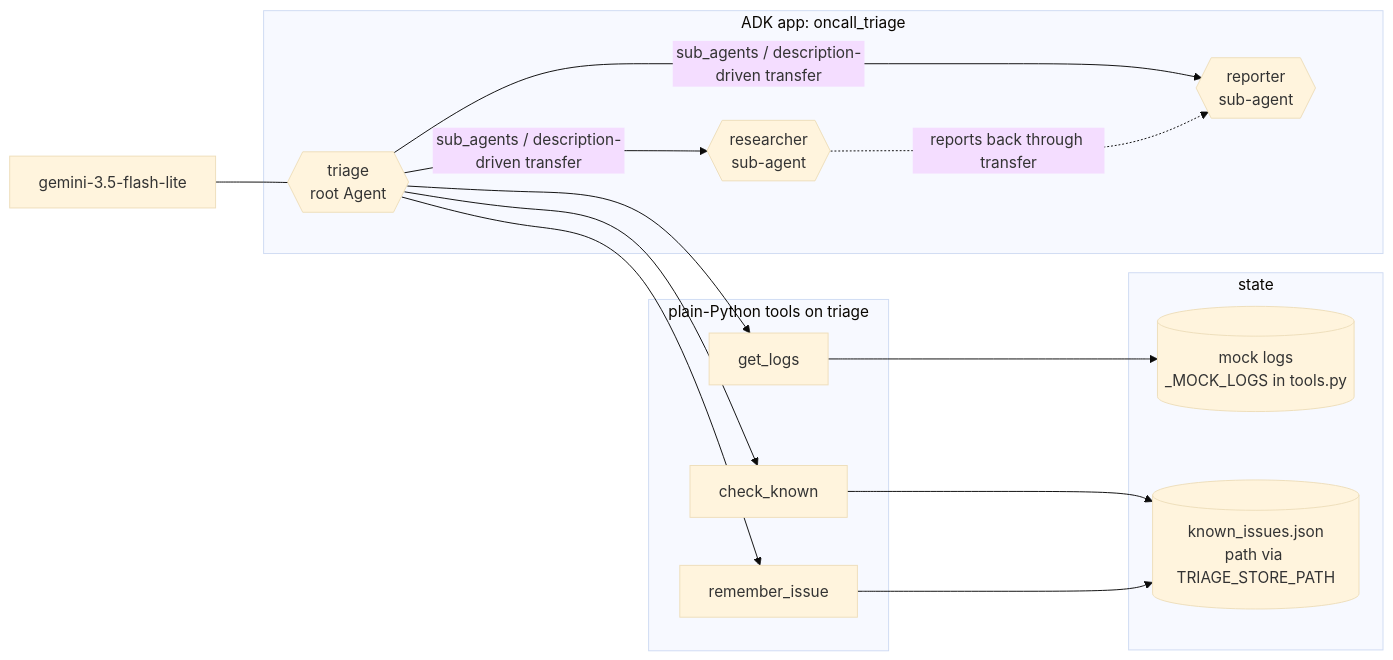
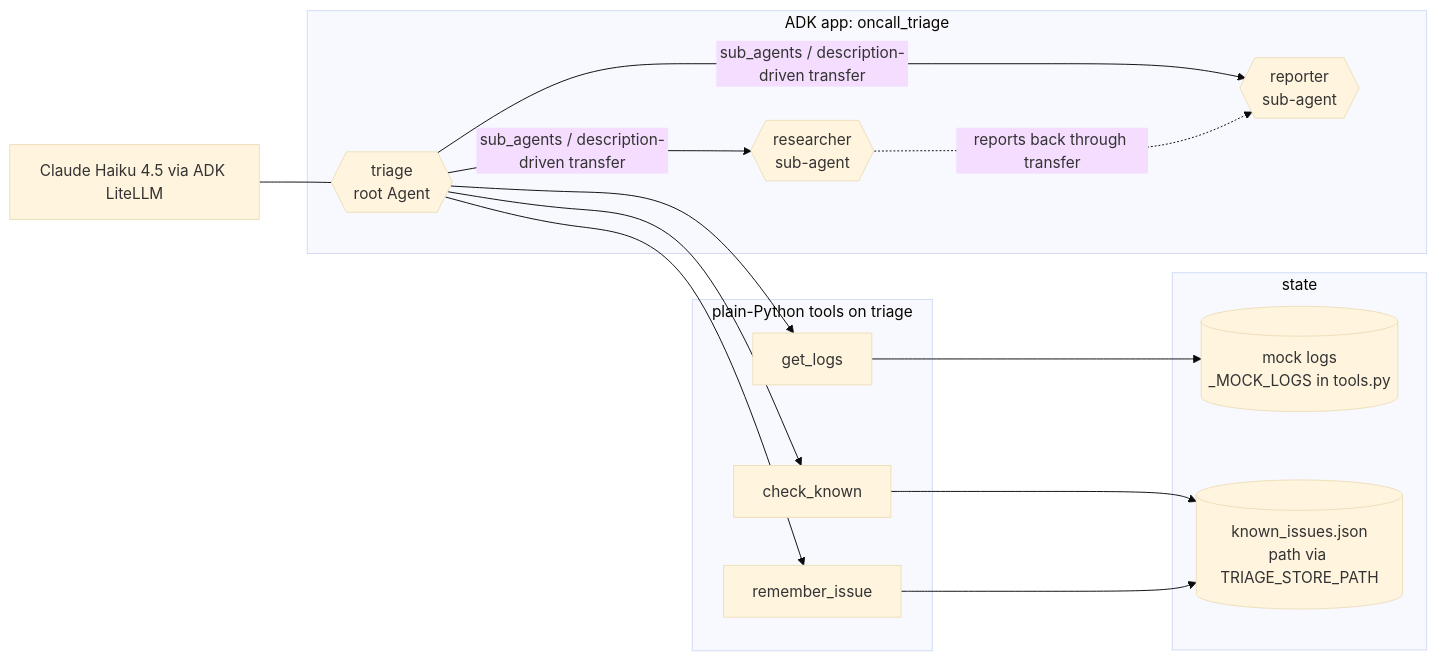
The first of 4 diagrams in ARCHITECTURE.md (KucherenkoSerhiy/oncall-triage), drawn with Mermaid (base theme) before and after one commit. The commit also changed other lines of this file and 3 other files, not shown here.

Commit message:
docs: ARCHITECTURE.md names the deployed model (Claude Haiku 4.5 via LiteLLM), phase-1 records labelled as history, consistency test guards it (#92)

````diff
--- a/ARCHITECTURE.md
+++ b/ARCHITECTURE.md
@@ -8,27 +12,27 @@
 ```mermaid
 flowchart LR
     subgraph ADK app: oncall_triage
         T{{triage<br/>root Agent}}
         R{{researcher<br/>sub-agent}}
         P{{reporter<br/>sub-agent}}
         T -- sub_agents / description-driven transfer --> R
         T -- sub_agents / description-driven transfer --> P
         R -. reports back through transfer .-> P
     end
 
     subgraph tools [plain-Python tools on triage]
         GL[get_logs]
         CK[check_known]
         RM[remember_issue]
     end
 
     subgraph state
         ML[(mock logs<br/>_MOCK_LOGS in tools.py)]
         KS[(known_issues.json<br/>path via TRIAGE_STORE_PATH)]
     end
 
     T --> GL --> ML
     T --> CK --> KS
     T --> RM --> KS
-    Model[gemini-3.5-flash-lite] --- T
+    Model[Claude Haiku 4.5 via ADK LiteLLM] --- T
 ```
````
